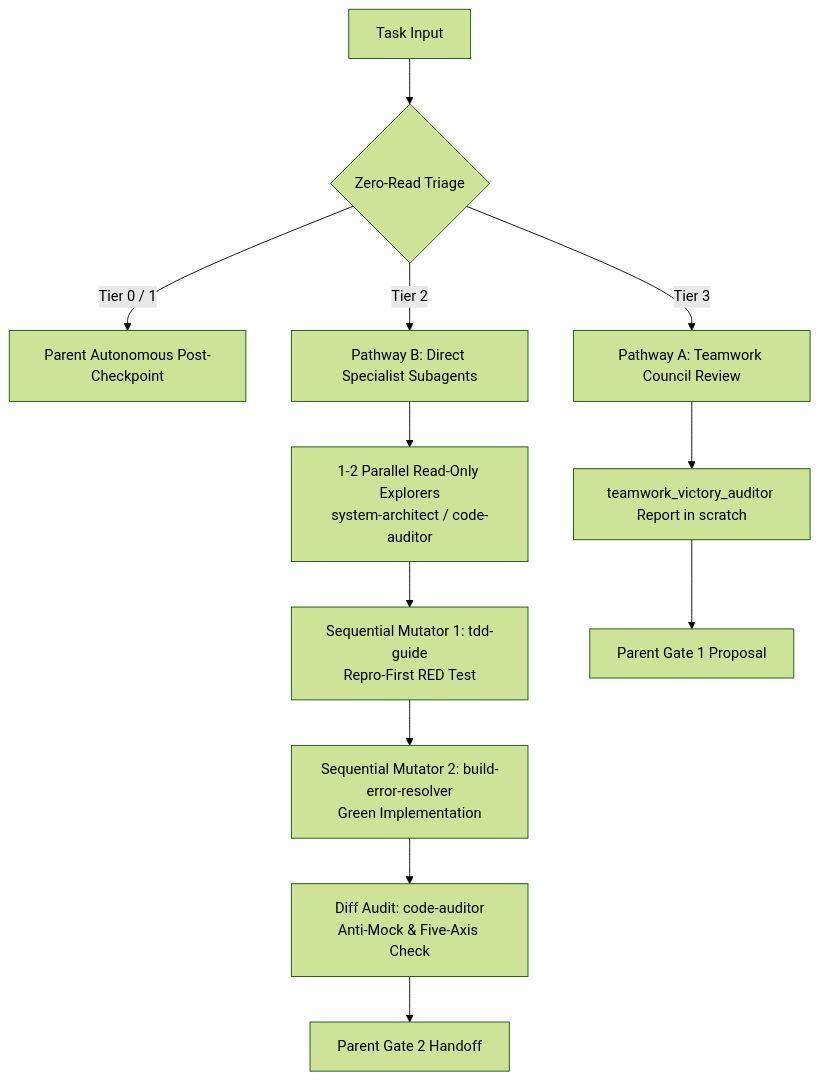
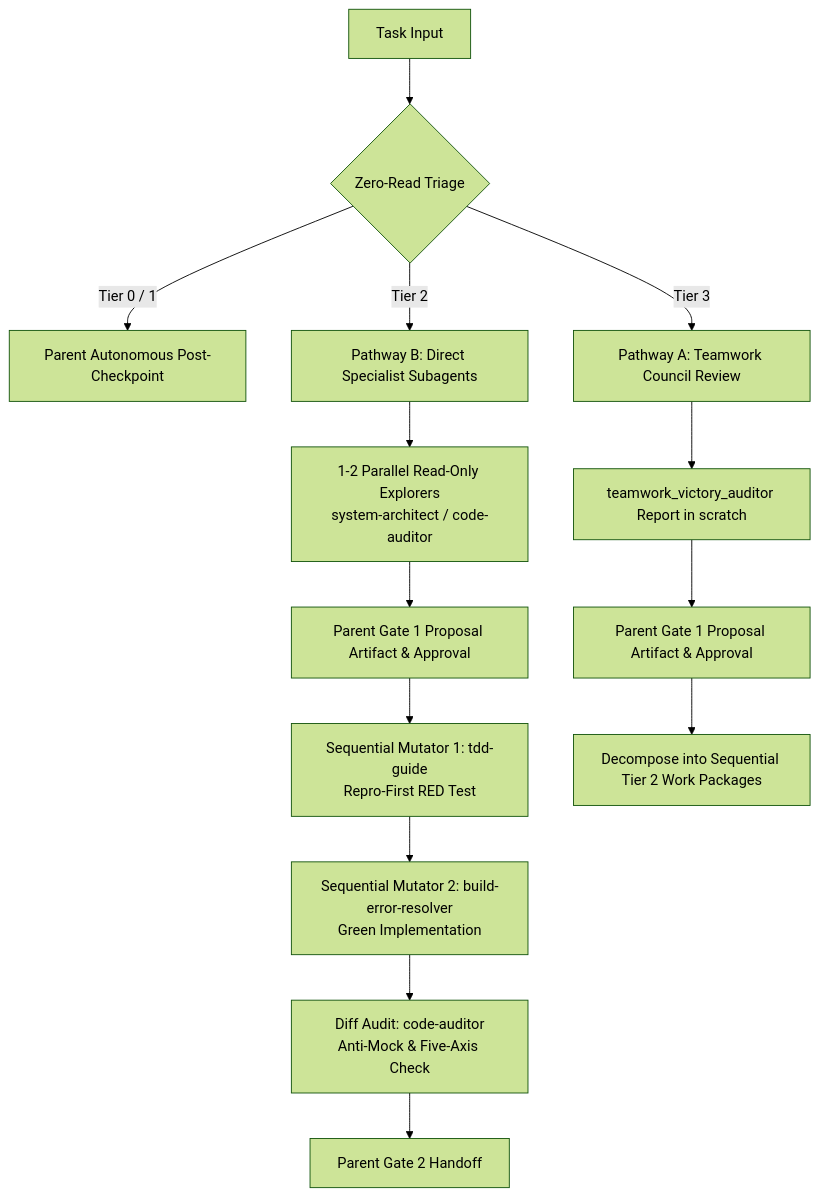
Before and after one commit to afif25fradana/everyday-agy: the diagram in config/skills/orchestrator/SKILL.md, drawn with Mermaid (forest theme). The commit also changed other lines of this file and 24 other files, not shown here.

Commit message:
feat(architecture): harmonize orchestrator flow, fleet parity, and CI quality gates (ADR-0020)

````diff
--- a/config/skills/orchestrator/SKILL.md
+++ b/config/skills/orchestrator/SKILL.md
@@ -53,16 +58,18 @@
 ```mermaid
 flowchart TD
     Task[Task Input] --> Triage{Zero-Read Triage}
     Triage -->|Tier 0 / 1| ParentDirect[Parent Autonomous Post-Checkpoint]
     Triage -->|Tier 2| DirectSpecialists[Pathway B: Direct Specialist Subagents]
     Triage -->|Tier 3| TeamworkCouncil[Pathway A: Teamwork Council Review]
     
     DirectSpecialists --> S1[1-2 Parallel Read-Only Explorers<br/>system-architect / code-auditor]
-    S1 --> S2[Sequential Mutator 1: tdd-guide<br/>Repro-First RED Test]
+    S1 --> Gate1[Parent Gate 1 Proposal Artifact & Approval]
+    Gate1 --> S2[Sequential Mutator 1: tdd-guide<br/>Repro-First RED Test]
     S2 --> S3[Sequential Mutator 2: build-error-resolver<br/>Green Implementation]
     S3 --> S4[Diff Audit: code-auditor<br/>Anti-Mock & Five-Axis Check]
     S4 --> Gate2[Parent Gate 2 Handoff]
     
     TeamworkCouncil --> TCReport[teamwork_victory_auditor Report in scratch]
-    TCReport --> Gate1[Parent Gate 1 Proposal]
+    TCReport --> Gate1TC[Parent Gate 1 Proposal Artifact & Approval]
+    Gate1TC --> T3Exec[Decompose into Sequential Tier 2 Work Packages]
 ```
````
